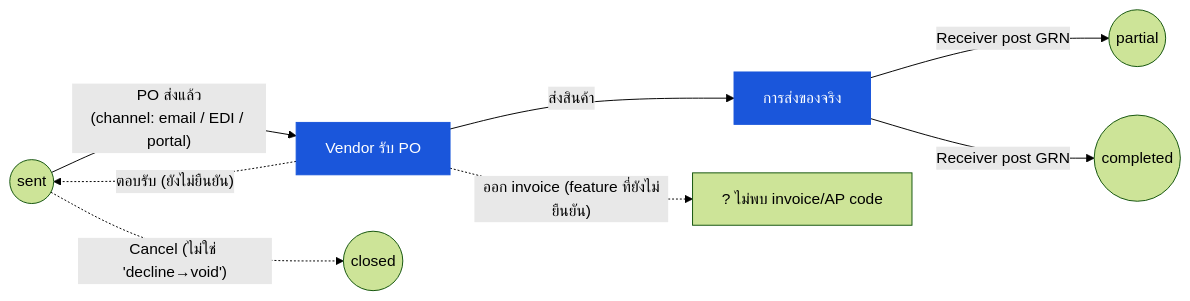
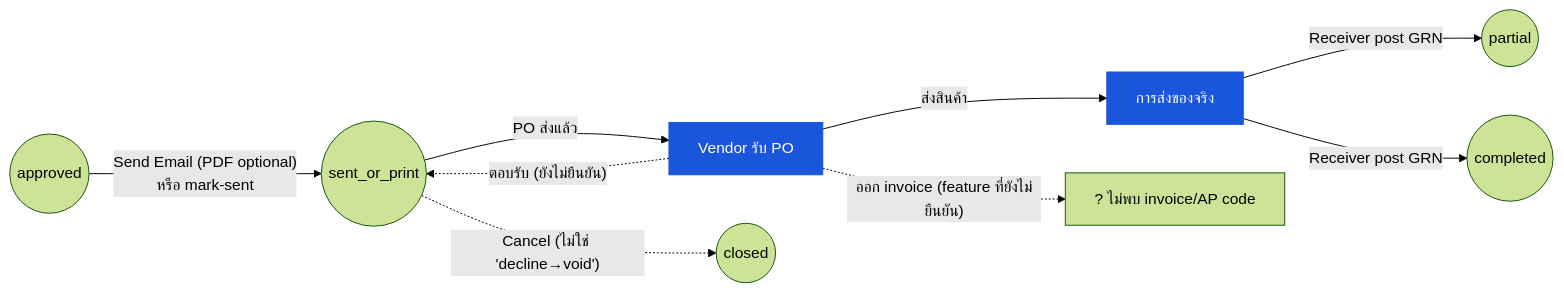
The diagram in th/inventory/purchase-order/03-user-flow-vendor.md (CarmenSoftware-organization/carmen-wiki), drawn with Mermaid (forest theme) before and after one commit. The commit also changed other lines of this file and 22 other files, not shown here.

````diff
--- a/th/inventory/purchase-order/03-user-flow-vendor.md
+++ b/th/inventory/purchase-order/03-user-flow-vendor.md
@@ -23,11 +23,12 @@
 ```mermaid
 graph LR
-    sent(("sent")) -->|"PO ส่งแล้ว<br/>(channel: email / EDI / portal)"| vendor["Vendor รับ PO"]:::current
+    approved(("approved")) -->|"Send Email (PDF optional)<br/>หรือ mark-sent"| sent(("sent_or_print"))
+    sent -->|"PO ส่งแล้ว"| vendor["Vendor รับ PO"]:::current
     vendor -.->|"ตอบรับ (ยังไม่ยืนยัน)"| sent
     vendor -->|"ส่งสินค้า"| recv["การส่งของจริง"]:::current
     recv -->|"Receiver post GRN"| partial(("partial"))
     recv -->|"Receiver post GRN"| completed(("completed"))
     vendor -.->|"ออก invoice (feature ที่ยังไม่ยืนยัน)"| inv["? ไม่พบ invoice/AP code"]
     sent -.->|"Cancel (ไม่ใช่ 'decline→void')"| closed(("closed"))
     classDef current fill:#1a56db,color:#fff,stroke:#1a56db;
 ```
````
